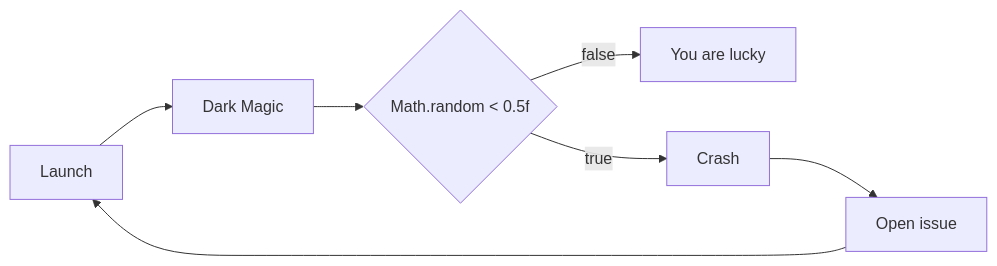
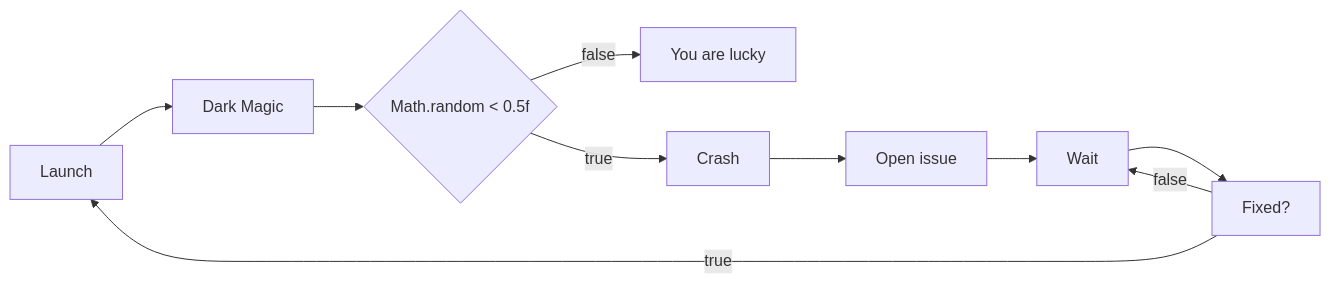
The diagram in README.md (kirbodevv/S.A.U.W.-), drawn with Mermaid before and after one commit.

Commit message:
- readme update

````diff
--- a/README.md
+++ b/README.md
@@ -21,8 +21,10 @@
 ```mermaid
 flowchart LR
   A[Launch] --> B[Dark Magic];
   B --> C{Math.random < 0.5f};
   C --false--> E[You are lucky];
   C --true--> D[Crash];
-  D --> F[Open issue] --> A;
+  D --> F[Open issue] --> G[Wait] --> H[Fixed?];
+  H --true--> A;
+  H --false--> G;
 ```
````
